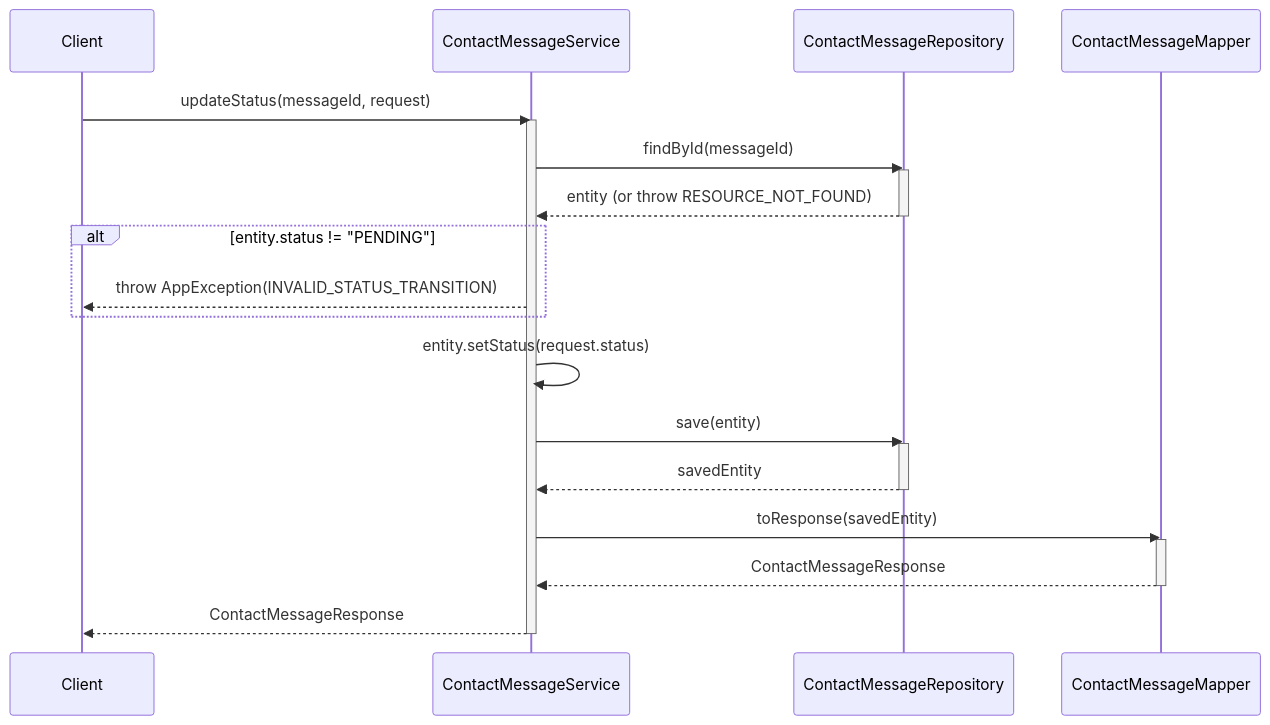
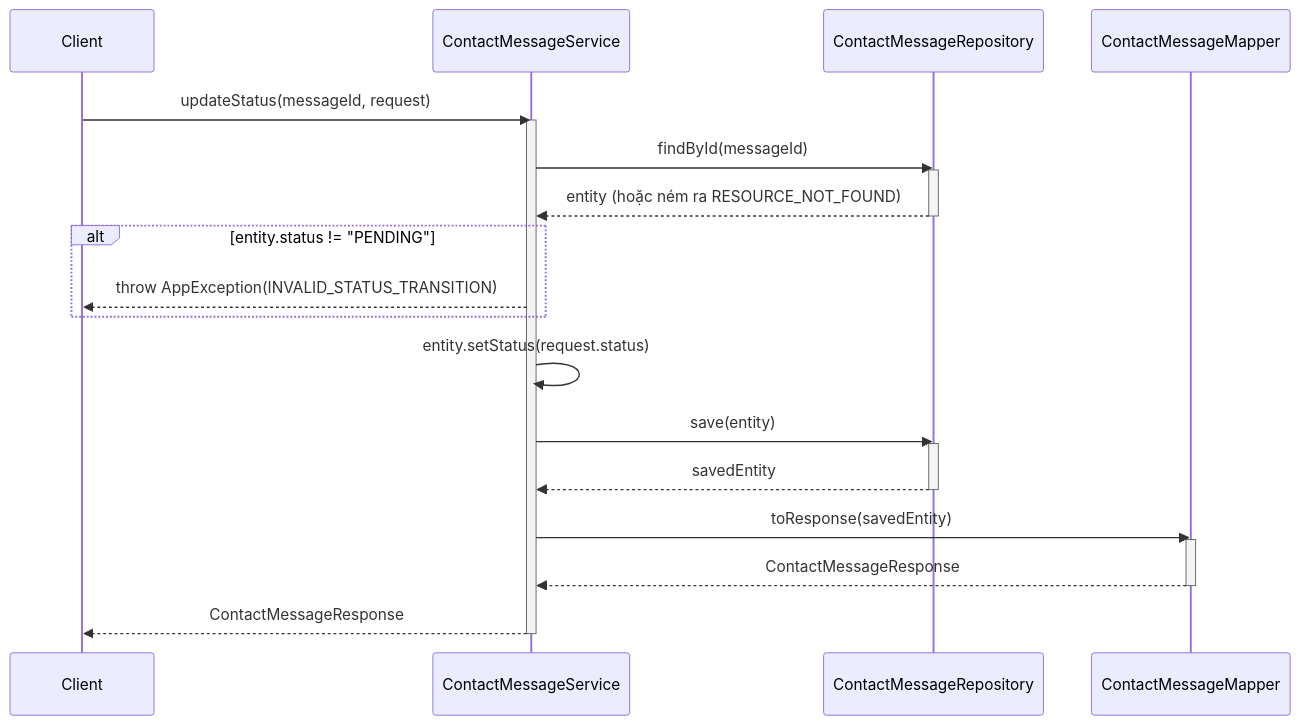
Before and after one commit to aquoc09/easymall: the fourth of 4 diagrams in .agent/sequence/contact_message_service_sequence_diagrams.md, drawn with Mermaid. The commit also changed other lines of this file and 18 other files, not shown here.

Commit message:
UPDATE: Sequence diagram vietnamese

````diff
--- a/.agent/sequence/contact_message_service_sequence_diagrams.md
+++ b/.agent/sequence/contact_message_service_sequence_diagrams.md
@@ -114,34 +114,34 @@
 ```mermaid
 sequenceDiagram
     participant Client
     participant ContactMessageService
     participant ContactMessageRepository
     participant ContactMessageMapper
 
     Client->>ContactMessageService: updateStatus(messageId, request)
     activate ContactMessageService
 
     ContactMessageService->>ContactMessageRepository: findById(messageId)
     activate ContactMessageRepository
-    ContactMessageRepository-->>ContactMessageService: entity (or throw RESOURCE_NOT_FOUND)
+    ContactMessageRepository-->>ContactMessageService: entity (hoặc ném ra RESOURCE_NOT_FOUND)
     deactivate ContactMessageRepository
 
     alt entity.status != "PENDING"
         ContactMessageService-->>Client: throw AppException(INVALID_STATUS_TRANSITION)
     end
 
     ContactMessageService->>ContactMessageService: entity.setStatus(request.status)
 
     ContactMessageService->>ContactMessageRepository: save(entity)
     activate ContactMessageRepository
     ContactMessageRepository-->>ContactMessageService: savedEntity
     deactivate ContactMessageRepository
 
     ContactMessageService->>ContactMessageMapper: toResponse(savedEntity)
     activate ContactMessageMapper
     ContactMessageMapper-->>ContactMessageService: ContactMessageResponse
     deactivate ContactMessageMapper
 
     ContactMessageService-->>Client: ContactMessageResponse
     deactivate ContactMessageService
 ```
````
